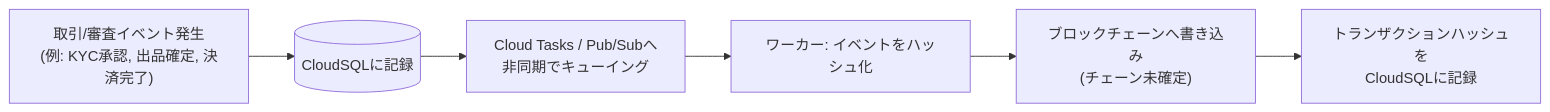
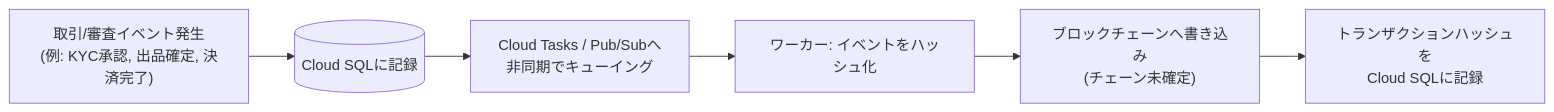
One commit to study-basic-hackathon/trust-ca changed the sixth of 6 diagrams in docs/design/system-architecture.md. Above: the diagram before and after it, drawn with Mermaid. The commit also changed other lines of this file and 20 other files, not shown here.

````diff
--- a/docs/design/system-architecture.md
+++ b/docs/design/system-architecture.md
@@ -235,8 +236,8 @@
 ```mermaid
 flowchart LR
-    Event["取引/審査イベント発生<br/>(例: KYC承認, 出品確定, 決済完了)"] --> DB[(CloudSQLに記録)]
+    Event["取引/審査イベント発生<br/>(例: KYC承認, 出品確定, 決済完了)"] --> DB[(Cloud SQLに記録)]
     DB --> Enqueue[Cloud Tasks / Pub/Subへ<br/>非同期でキューイング]
     Enqueue --> Worker[ワーカー: イベントをハッシュ化]
     Worker --> Chain["ブロックチェーンへ書き込み<br/>(チェーン未確定)"]
-    Chain --> Confirm[トランザクションハッシュを<br/>CloudSQLに記録]
+    Chain --> Confirm[トランザクションハッシュを<br/>Cloud SQLに記録]
 ```
````
